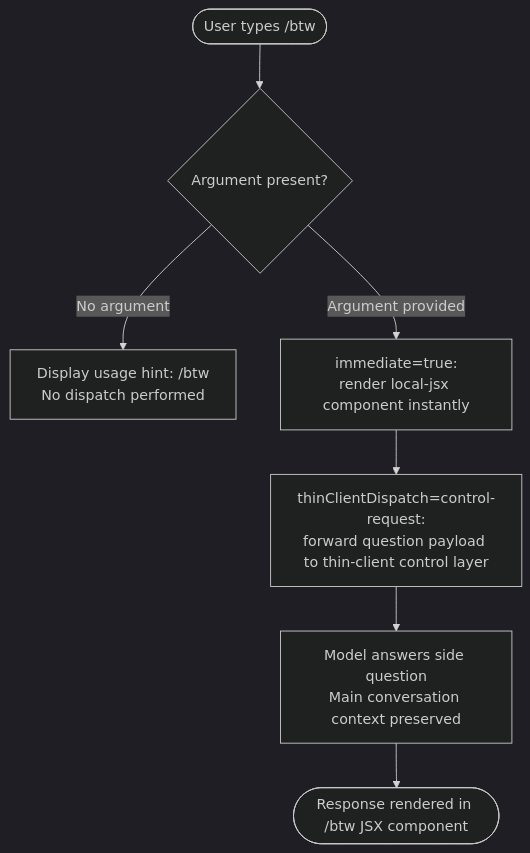
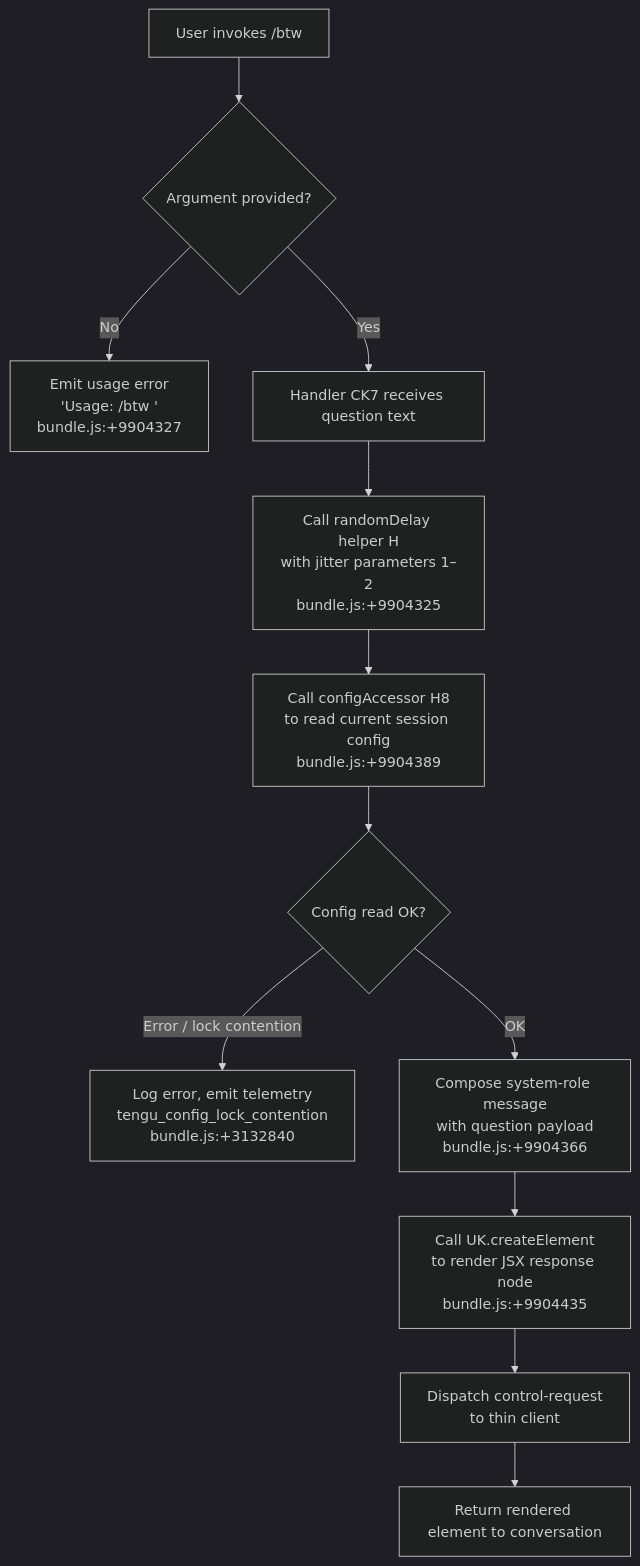
Before and after one commit to MyLittleLuckyDog/cc-gnothi: the diagram in versions/v2.1.139/btw.md, drawn with Mermaid (dark theme). The commit also changed other lines of this file and 97 other files, not shown here.

````diff
--- a/versions/v2.1.139/btw.md
+++ b/versions/v2.1.139/btw.md
@@ -48,9 +57,14 @@
 ```mermaid
 flowchart TD
-    A([User types /btw <question>]) --> B{Argument present?}
-    B -- "No argument" --> C[Display usage hint: /btw <question>\nNo dispatch performed]
-    B -- "Argument provided" --> D[immediate=true:\nrender local-jsx component instantly]
-    D --> E[thinClientDispatch=control-request:\nforward question payload to thin-client control layer]
-    E --> F[Model answers side question\nMain conversation context preserved]
-    F --> G([Response rendered in /btw JSX component])
+    A[User invokes /btw] --> B{Argument provided?}
+    B -- No --> C[Emit usage error\n'Usage: /btw <your question>'\nbundle.js:+9904327]
+    B -- Yes --> D[Handler CK7 receives question text]
+    D --> E[Call randomDelay helper H\nwith jitter parameters 1–2\nbundle.js:+9904325]
+    E --> F[Call configAccessor H8\nto read current session config\nbundle.js:+9904389]
+    F --> G{Config read OK?}
+    G -- Error / lock contention --> H2[Log error, emit telemetry\ntengu_config_lock_contention\nbundle.js:+3132840]
+    G -- OK --> I[Compose system-role message\nwith question payload\nbundle.js:+9904366]
+    I --> J[Call UK.createElement\nto render JSX response node\nbundle.js:+9904435]
+    J --> K[Dispatch control-request\nto thin client]
+    K --> L[Return rendered element to conversation]
 ```
````
